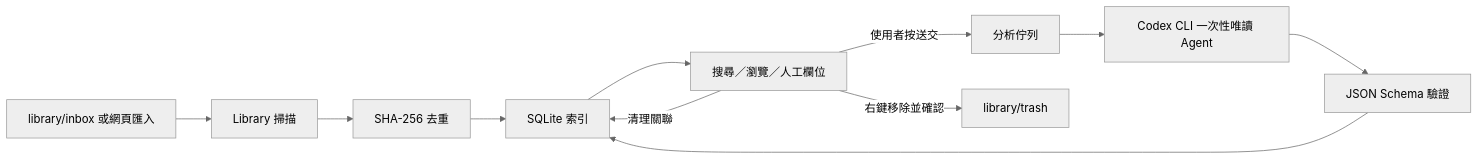
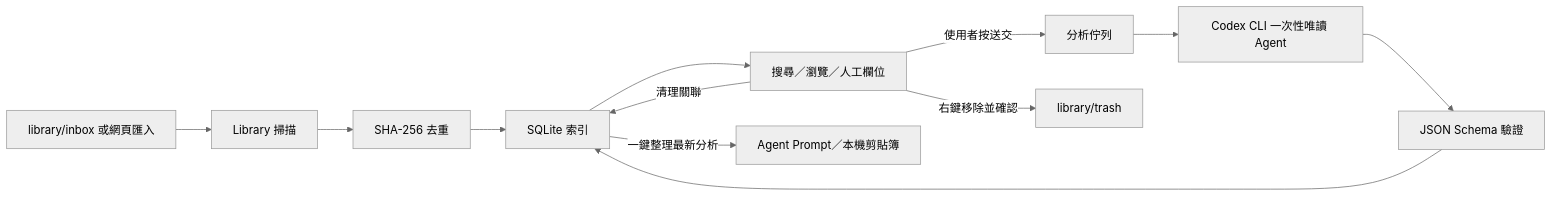
The diagram in docs/architecture.md (OllieHu12304/stylebase), drawn with Mermaid (neutral theme) before and after one commit. The commit also changed other lines of this file and 10 other files, not shown here.

Commit message:
Add one-click Agent Prompt export

````diff
--- a/docs/architecture.md
+++ b/docs/architecture.md
@@ -17,13 +17,14 @@
 ```mermaid
 flowchart LR
     A["library/inbox 或網頁匯入"] --> B["Library 掃描"]
     B --> C["SHA-256 去重"]
     C --> D["SQLite 索引"]
     D --> E["搜尋／瀏覽／人工欄位"]
     E -->|使用者按送交| F["分析佇列"]
     F --> G["Codex CLI 一次性唯讀 Agent"]
     G --> H["JSON Schema 驗證"]
     H --> D
     E -->|右鍵移除並確認| I["library/trash"]
     E -->|清理關聯| D
+    D -->|一鍵整理最新分析| J["Agent Prompt／本機剪貼簿"]
 ```
````
